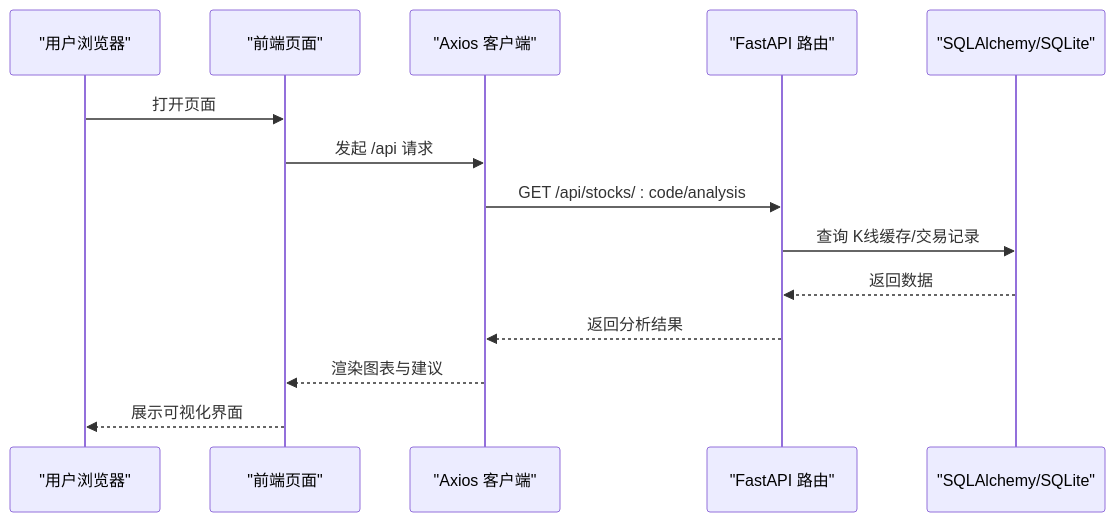
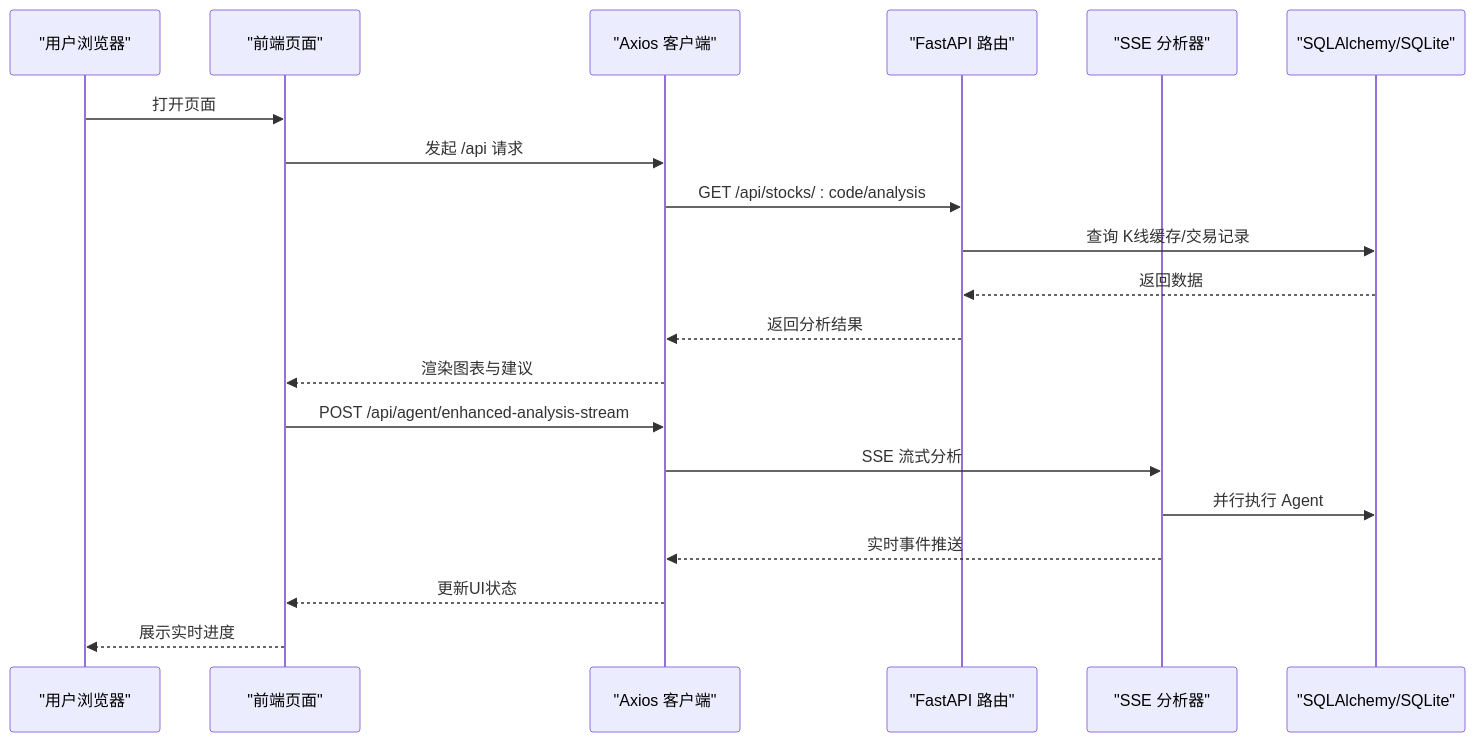
Before and after one commit to Moruime/stock_foker: the second of 7 diagrams in .qoder/repowiki/zh/content/部署运维/性能优化.md, drawn with Mermaid. The commit also changed other lines of this file and 16 other files, not shown here.

````diff
--- a/.qoder/repowiki/zh/content/部署运维/性能优化.md
+++ b/.qoder/repowiki/zh/content/部署运维/性能优化.md
@@ -117,16 +123,22 @@
 ```mermaid
 sequenceDiagram
 participant U as "用户浏览器"
 participant FE as "前端页面"
 participant AX as "Axios 客户端"
 participant API as "FastAPI 路由"
+participant SSE as "SSE 分析器"
 participant DB as "SQLAlchemy/SQLite"
 U->>FE : 打开页面
 FE->>AX : 发起 /api 请求
 AX->>API : GET /api/stocks/ : code/analysis
 API->>DB : 查询 K线缓存/交易记录
 DB-->>API : 返回数据
 API-->>AX : 返回分析结果
 AX-->>FE : 渲染图表与建议
-FE-->>U : 展示可视化界面
+FE->>AX : POST /api/agent/enhanced-analysis-stream
+AX->>SSE : SSE 流式分析
+SSE->>DB : 并行执行 Agent
+SSE-->>AX : 实时事件推送
+AX-->>FE : 更新UI状态
+FE-->>U : 展示实时进度
 ```
````
